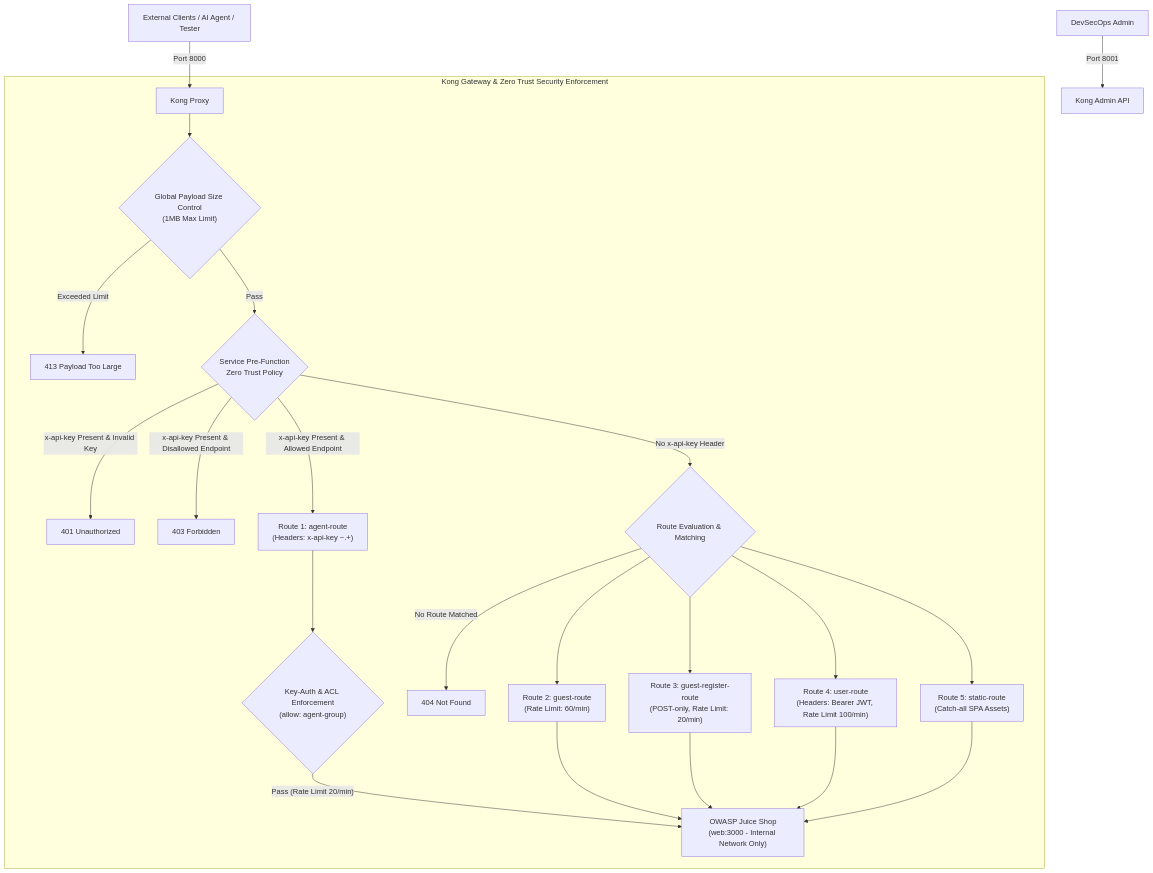
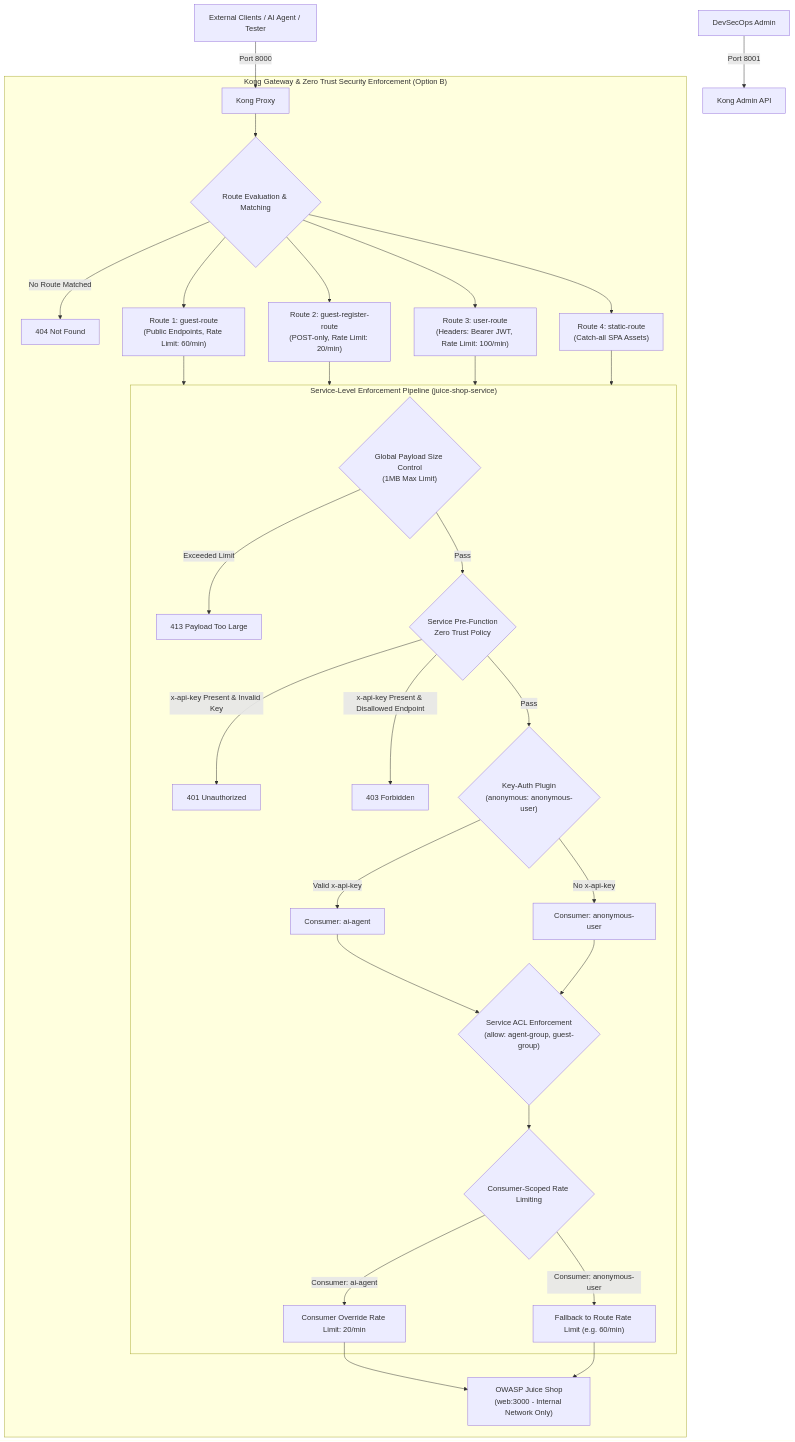
One commit to HuanNT03/SOC_Gateway_for_Juice-shop changed the first of 2 diagrams in docs/reports/week4-report.md. Above: the diagram before and after it, drawn with Mermaid. The commit also changed other lines of this file, not shown here.

Commit message:
docs(report): cập nhật sơ đồ kiến trúc & luồng hoạt động tuần 4 theo cấu hình Option B (Service-Level Auth + Consumer-Scoped Rate Limiting)

````diff
--- a/docs/reports/week4-report.md
+++ b/docs/reports/week4-report.md
@@ -5,34 +5,46 @@
 ```mermaid
 flowchart TD
     Client["External Clients / AI Agent / Tester"] -->|"Port 8000"| KongProxy["Kong Proxy"]
     Admin["DevSecOps Admin"] -->|"Port 8001"| KongAdmin["Kong Admin API"]
     
-    subgraph IsolatedNetwork["Kong Gateway & Zero Trust Security Enforcement"]
-        KongProxy --> GlobalSecurity{"Global Payload Size Control<br>(1MB Max Limit)"}
-        
-        GlobalSecurity -->|"Exceeded Limit"| Resp413["413 Payload Too Large"]
-        GlobalSecurity -->|"Pass"| PreFunction{"Service Pre-Function<br>Zero Trust Policy"}
+    subgraph IsolatedNetwork["Kong Gateway & Zero Trust Security Enforcement (Option B)"]
+        KongProxy --> Router{"Route Evaluation & Matching"}
 
-        PreFunction -->|"x-api-key Present & Invalid Key"| Resp401["401 Unauthorized"]
-        PreFunction -->|"x-api-key Present & Disallowed Endpoint"| Resp403["403 Forbidden"]
-        PreFunction -->|"x-api-key Present & Allowed Endpoint"| RouteAgent["Route 1: agent-route<br>(Headers: x-api-key ~.+)"]
-        PreFunction -->|"No x-api-key Header"| Router{"Route Evaluation & Matching"}
-
-        RouteAgent --> AgentAuth{"Key-Auth & ACL Enforcement<br>(allow: agent-group)"}
-        AgentAuth -->|"Pass (Rate Limit 20/min)"| JuiceShop
-        
         Router -->|"No Route Matched"| Resp404["404 Not Found"]
         
-        Router --> RouteGuest["Route 2: guest-route<br>(Rate Limit: 60/min)"]
-        Router --> RouteRegister["Route 3: guest-register-route<br>(POST-only, Rate Limit: 20/min)"]
-        Router --> RouteUser["Route 4: user-route<br>(Headers: Bearer JWT, Rate Limit 100/min)"]
-        Router --> RouteStatic["Route 5: static-route<br>(Catch-all SPA Assets)"]
-        
-        RouteGuest --> JuiceShop
-        RouteRegister --> JuiceShop
-        RouteUser --> JuiceShop
-        RouteStatic --> JuiceShop
+        Router --> RouteGuest["Route 1: guest-route<br>(Public Endpoints, Rate Limit: 60/min)"]
+        Router --> RouteRegister["Route 2: guest-register-route<br>(POST-only, Rate Limit: 20/min)"]
+        Router --> RouteUser["Route 3: user-route<br>(Headers: Bearer JWT, Rate Limit: 100/min)"]
+        Router --> RouteStatic["Route 4: static-route<br>(Catch-all SPA Assets)"]
+
+        RouteGuest --> ServicePipeline
+        RouteRegister --> ServicePipeline
+        RouteUser --> ServicePipeline
+        RouteStatic --> ServicePipeline
+
+        subgraph ServicePipeline["Service-Level Enforcement Pipeline (juice-shop-service)"]
+            PayloadControl{"Global Payload Size Control<br>(1MB Max Limit)"}
+            PayloadControl -->|"Exceeded Limit"| Resp413["413 Payload Too Large"]
+            PayloadControl -->|"Pass"| PreFunction{"Service Pre-Function<br>Zero Trust Policy"}
+
+            PreFunction -->|"x-api-key Present & Invalid Key"| Resp401["401 Unauthorized"]
+            PreFunction -->|"x-api-key Present & Disallowed Endpoint"| Resp403["403 Forbidden"]
+            PreFunction -->|"Pass"| KeyAuth{"Key-Auth Plugin<br>(anonymous: anonymous-user)"}
+
+            KeyAuth -->|"Valid x-api-key"| ConsAgent["Consumer: ai-agent"]
+            KeyAuth -->|"No x-api-key"| ConsGuest["Consumer: anonymous-user"]
+
+            ConsAgent --> ACL{"Service ACL Enforcement<br>(allow: agent-group, guest-group)"}
+            ConsGuest --> ACL
+
+            ACL --> RateEval{"Consumer-Scoped Rate Limiting"}
+            RateEval -->|"Consumer: ai-agent"| LimitAgent["Consumer Override Rate Limit: 20/min"]
+            RateEval -->|"Consumer: anonymous-user"| LimitGuest["Fallback to Route Rate Limit (e.g. 60/min)"]
+        end
+
+        LimitAgent --> JuiceShop
+        LimitGuest --> JuiceShop
     end
     
     JuiceShop["OWASP Juice Shop<br>(web:3000 - Internal Network Only)"]
 ```
````
